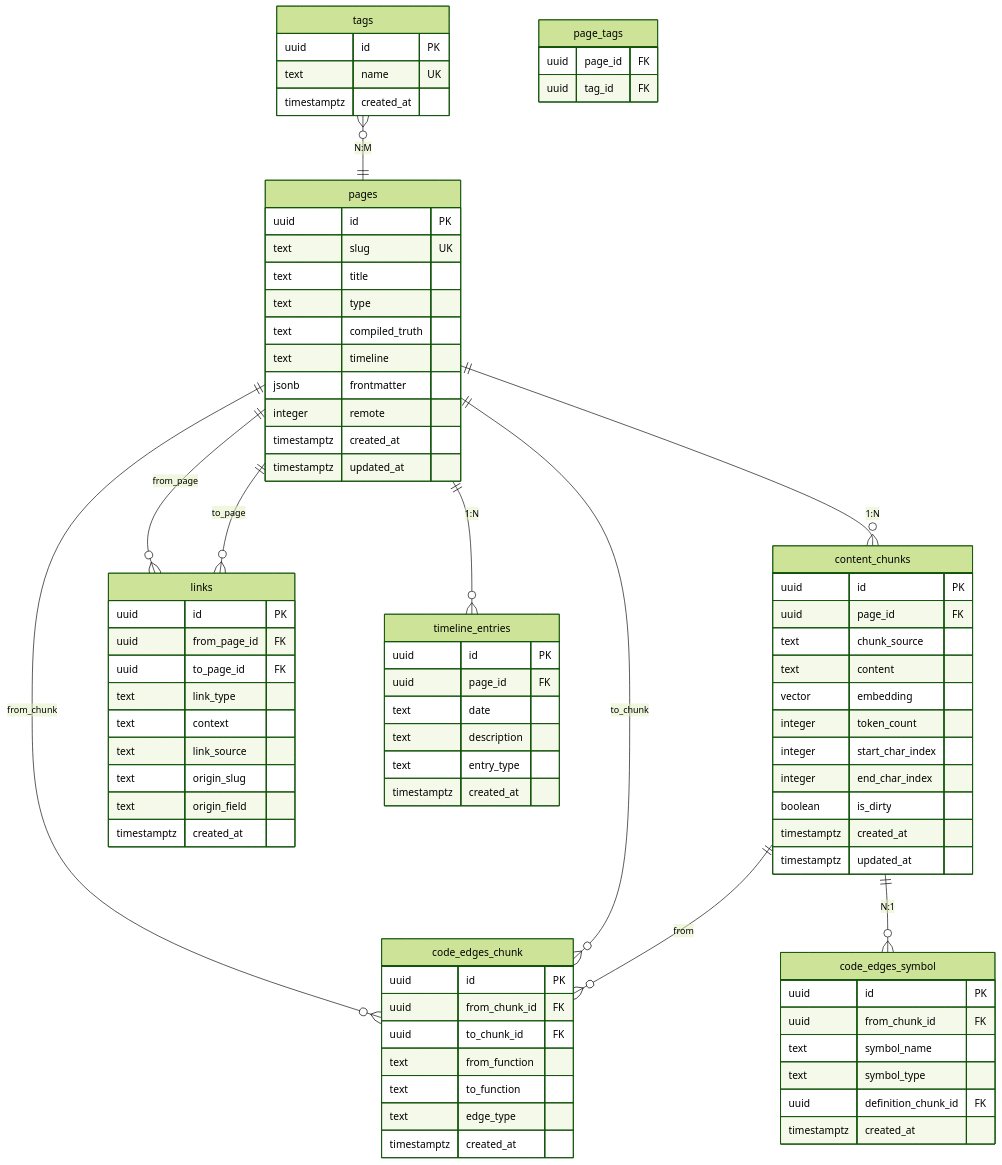
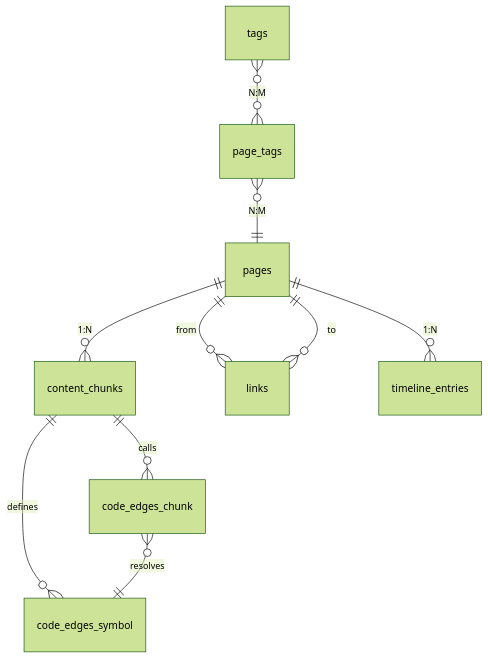
Before and after one commit to pty819/gbrain-book: the eighth of 10 diagrams in memory-model.md, drawn with Mermaid (forest theme). The commit also changed other lines of this file and 1 other file, not shown here.

First line of the commit message:
fix: correct mermaid syntax errors

````diff
--- a/memory-model.md
+++ b/memory-model.md
@@ -417,92 +387,12 @@
 ```{mermaid}
 erDiagram
     pages ||--o{ content_chunks : "1:N"
-    pages ||--o{ links : "from_page"
-    pages ||--o{ links : "to_page"
+    pages ||--o{ links : "from"
+    pages ||--o{ links : "to"
     pages ||--o{ timeline_entries : "1:N"
-    pages ||--o{ code_edges_chunk : "from_chunk"
-    pages ||--o{ code_edges_chunk : "to_chunk"
-    
-    content_chunks ||--o{ code_edges_chunk : "from"
-    content_chunks ||--o{ code_edges_symbol : "N:1"
-    
-    tags }o--|| pages : "N:M"
-    
-    pages {
-        uuid id PK
-        text slug UK
-        text title
-        text type
-        text compiled_truth
-        text timeline
-        jsonb frontmatter
-        integer remote
-        timestamptz created_at
-        timestamptz updated_at
-    }
-    
-    content_chunks {
-        uuid id PK
-        uuid page_id FK
-        text chunk_source
-        text content
-        vector embedding
-        integer token_count
-        integer start_char_index
-        integer end_char_index
-        boolean is_dirty
-        timestamptz created_at
-        timestamptz updated_at
-    }
-    
-    links {
-        uuid id PK
-        uuid from_page_id FK
-        uuid to_page_id FK
-        text link_type
-        text context
-        text link_source
-        text origin_slug
-        text origin_field
-        timestamptz created_at
-    }
-    
-    code_edges_chunk {
-        uuid id PK
-        uuid from_chunk_id FK
-        uuid to_chunk_id FK
-        text from_function
-        text to_function
-        text edge_type
-        timestamptz created_at
-    }
-    
-    code_edges_symbol {
-        uuid id PK
-        uuid from_chunk_id FK
-        text symbol_name
-        text symbol_type
-        uuid definition_chunk_id FK
-        timestamptz created_at
-    }
-    
-    timeline_entries {
-        uuid id PK
-        uuid page_id FK
-        text date
-        text description
-        text entry_type
-        timestamptz created_at
-    }
-    
-    tags {
-        uuid id PK
-        text name UK
-        timestamptz created_at
-    }
-    
-    page_tags {
-        uuid page_id FK
-        uuid tag_id FK
-    }
+    content_chunks ||--o{ code_edges_chunk : "calls"
+    content_chunks ||--o{ code_edges_symbol : "defines"
+    code_edges_chunk }o--|| code_edges_symbol : "resolves"
+    tags }o--o{ page_tags : "N:M"
+    page_tags }o--|| pages : "N:M"
 ```
````
